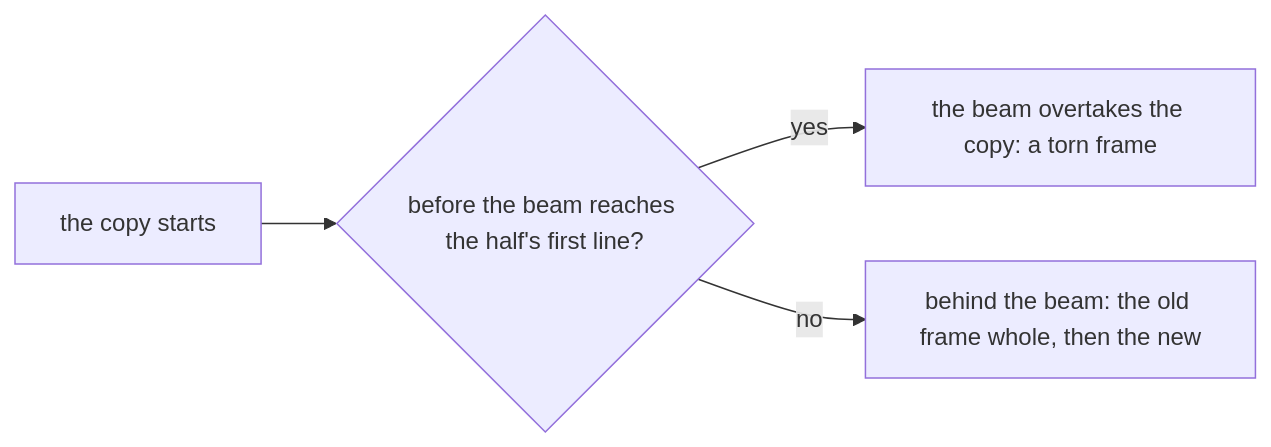
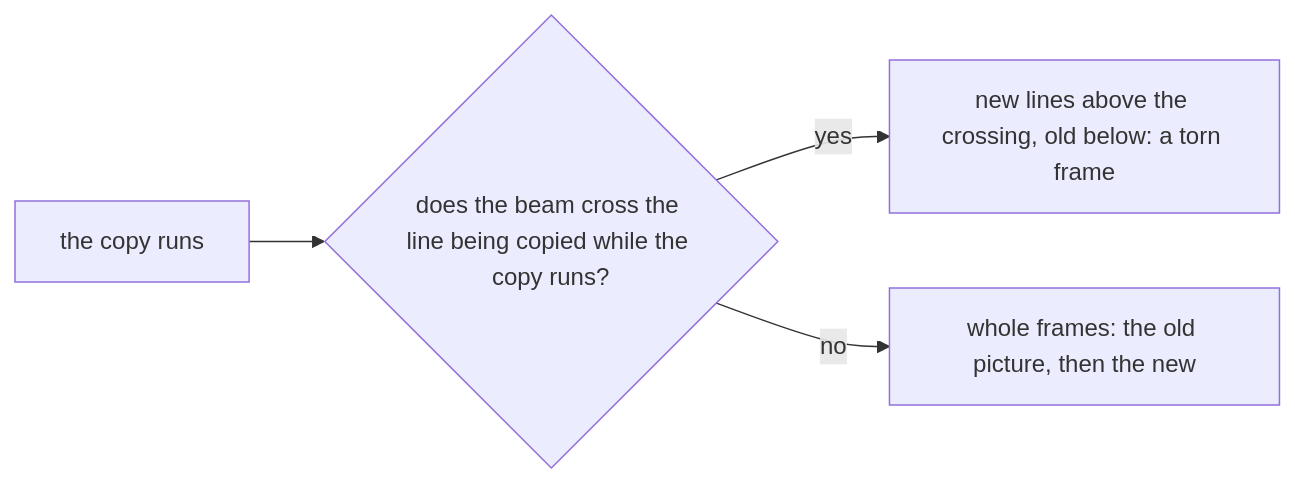
Before and after one commit to alfishe/unrealng-reverse-cases: the eighth of 11 diagrams in games/atv-simulator/docs/04-game-loop.md, drawn with Mermaid. The commit also changed other lines of this file and 30 other files, not shown here.

````diff
--- a/games/atv-simulator/docs/04-game-loop.md
+++ b/games/atv-simulator/docs/04-game-loop.md
@@ -743,6 +759,6 @@
 ```mermaid
 flowchart LR
-    A["the copy starts"] --> B{"before the beam reaches the half's first line?"}
-    B -- "yes" --> C["the beam overtakes the copy: a torn frame"]
-    B -- "no" --> D["behind the beam: the old frame whole, then the new"]
+    A["the copy runs"] --> B{"does the beam cross the line being copied while the copy runs?"}
+    B -- "yes" --> C["new lines above the crossing, old below: a torn frame"]
+    B -- "no" --> D["whole frames: the old picture, then the new"]
 ```
````
